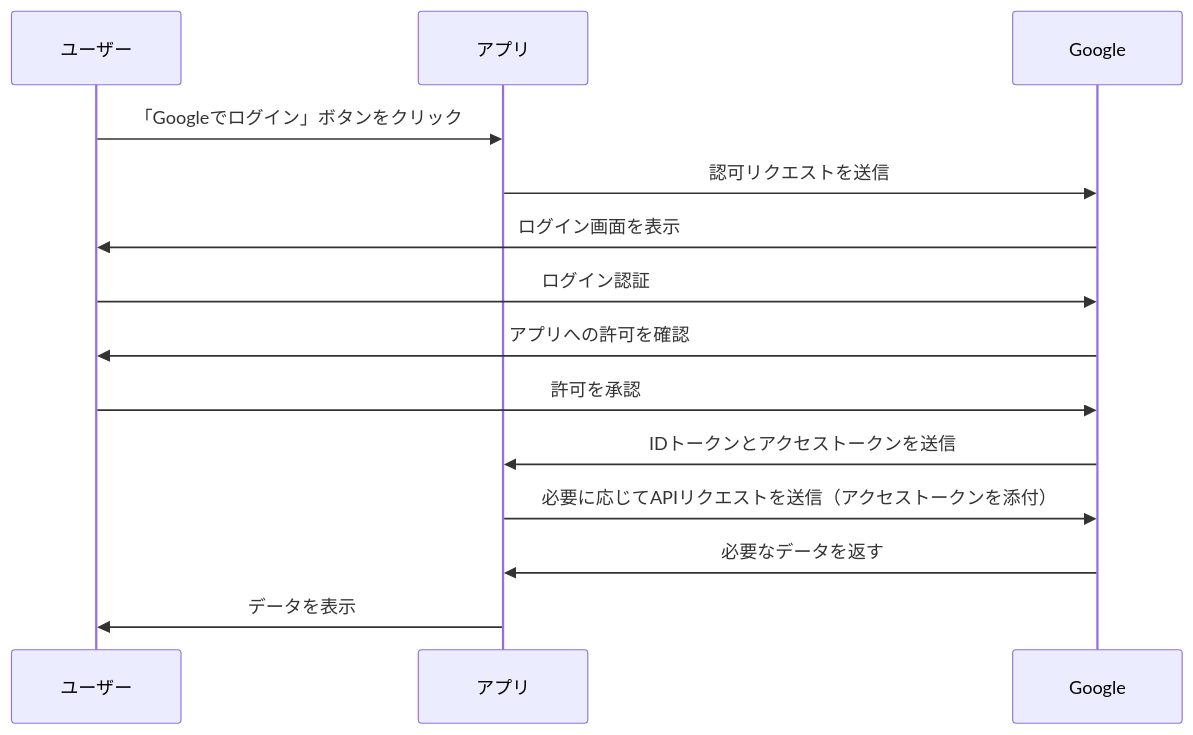
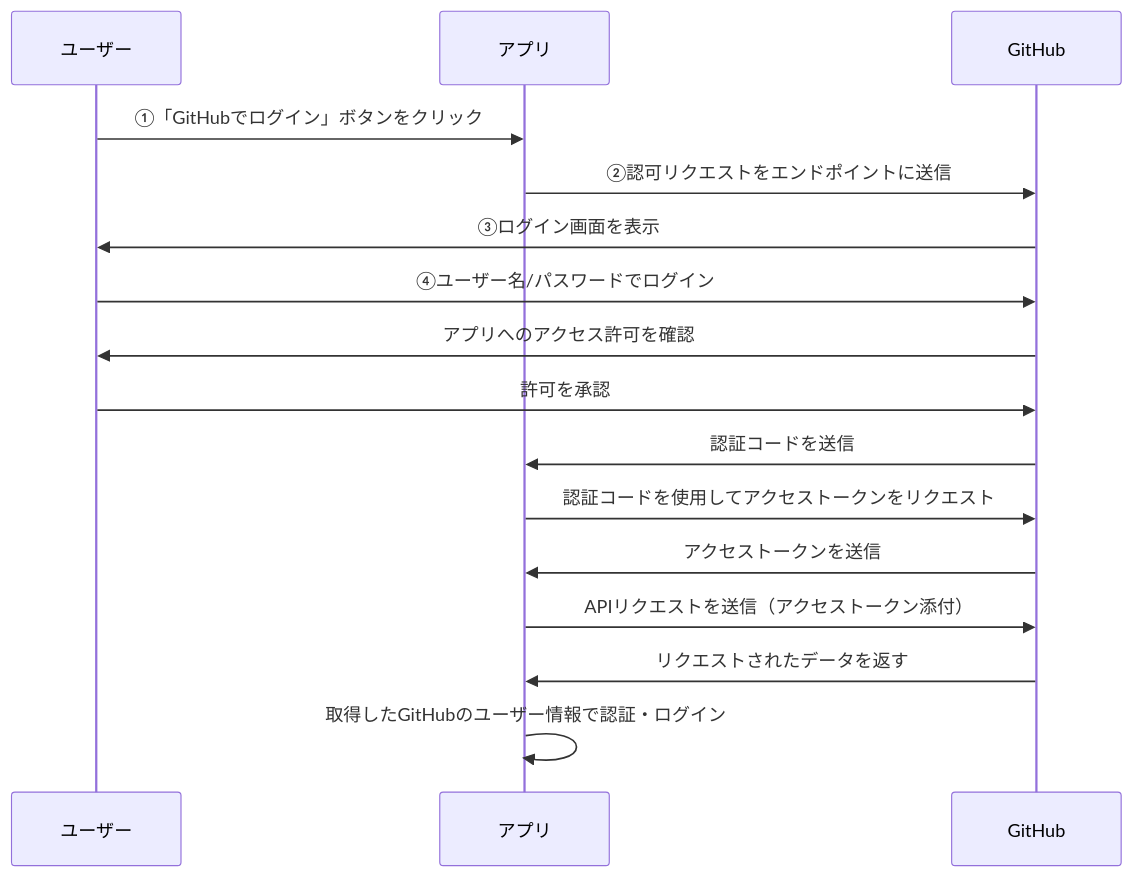
The second of 2 diagrams in articles/oauth-and-social-auth.md (otaki0413/zenn-connects), drawn with Mermaid before and after one commit. The commit also changed other lines of this file, not shown here.

````diff
--- a/articles/oauth-and-social-auth.md
+++ b/articles/oauth-and-social-auth.md
@@ -82,17 +86,19 @@
 ```mermaid
 sequenceDiagram
     participant User as ユーザー
     participant App as アプリ
-    participant Google as Google
+    participant GitHub as GitHub
 
-    User->>App: 「Googleでログイン」ボタンをクリック
-    App->>Google: 認可リクエストを送信
-    Google->>User: ログイン画面を表示
-    User->>Google: ログイン認証
-    Google->>User: アプリへの許可を確認
-    User->>Google: 許可を承認
-    Google->>App: IDトークンとアクセストークンを送信
-    App->>Google: 必要に応じてAPIリクエストを送信（アクセストークンを添付）
-    Google->>App: 必要なデータを返す
-    App->>User: データを表示
+    User->>App: ①「GitHubでログイン」ボタンをクリック
+    App->>GitHub: ②認可リクエストをエンドポイントに送信
+    GitHub->>User: ③ログイン画面を表示
+    User->>GitHub: ④ユーザー名/パスワードでログイン
+    GitHub->>User: アプリへのアクセス許可を確認
+    User->>GitHub: 許可を承認
+    GitHub->>App: 認証コードを送信
+    App->>GitHub: 認証コードを使用してアクセストークンをリクエスト
+    GitHub->>App: アクセストークンを送信
+    App->>GitHub: APIリクエストを送信（アクセストークン添付）
+    GitHub->>App: リクエストされたデータを返す
+    App->>App: 取得したGitHubのユーザー情報で認証・ログイン
 ```
````
